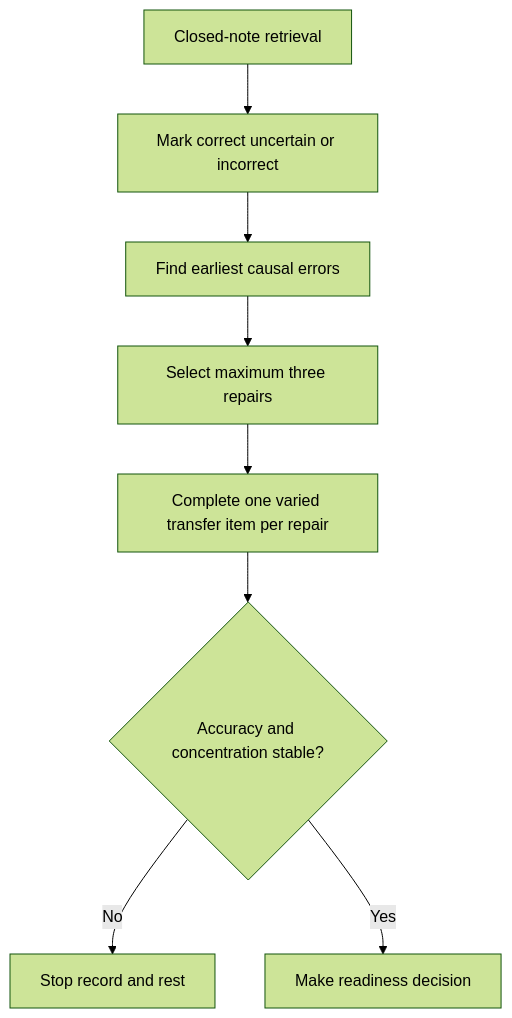
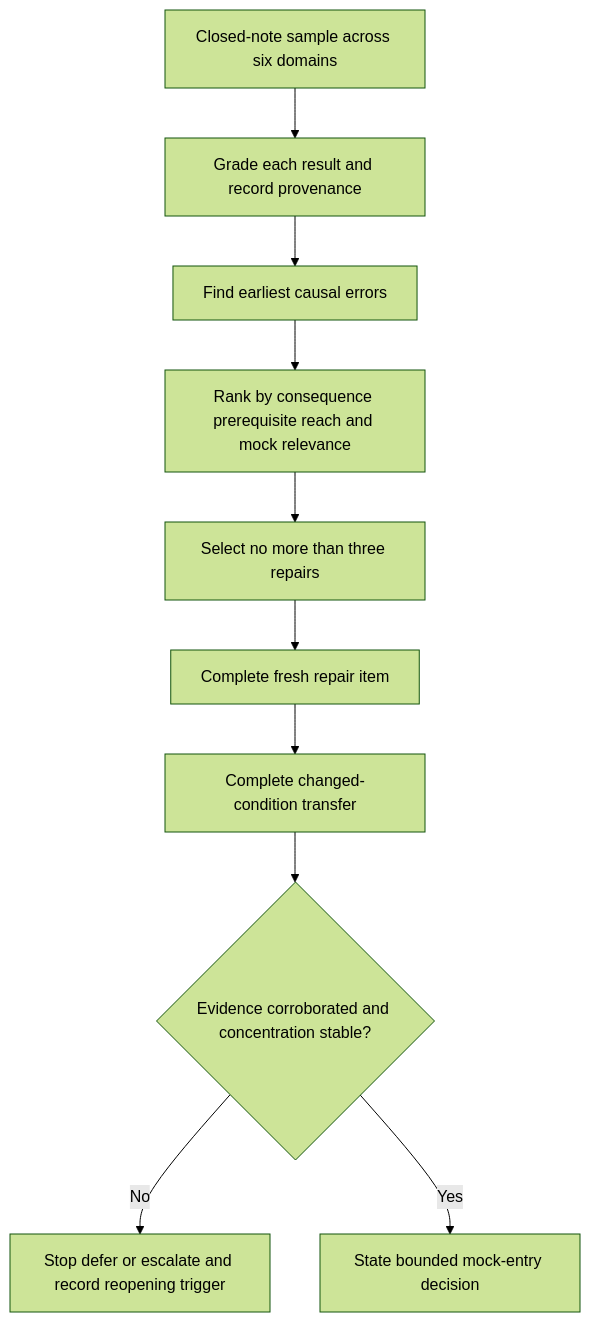
One commit to andrew3stedall/capstone changed the diagram in docs/learning-plans/6-week/modules/day-40-rest-final-catch-up-and-readiness-triage.md. Above: the diagram before and after it, drawn with Mermaid (forest theme). The commit also changed other lines of this file and 4 other files, not shown here.

````diff
--- a/docs/learning-plans/6-week/modules/day-40-rest-final-catch-up-and-readiness-triage.md
+++ b/docs/learning-plans/6-week/modules/day-40-rest-final-catch-up-and-readiness-triage.md
@@ -52,10 +90,12 @@
 ```mermaid
 flowchart TD
-    A[Closed-note retrieval] --> B[Mark correct uncertain or incorrect]
+    A[Closed-note sample across six domains] --> B[Grade each result and record provenance]
     B --> C[Find earliest causal errors]
-    C --> D[Select maximum three repairs]
-    D --> E[Complete one varied transfer item per repair]
-    E --> F{Accuracy and concentration stable?}
-    F -->|No| G[Stop record and rest]
-    F -->|Yes| H[Make readiness decision]
+    C --> D[Rank by consequence prerequisite reach and mock relevance]
+    D --> E[Select no more than three repairs]
+    E --> F[Complete fresh repair item]
+    F --> G[Complete changed-condition transfer]
+    G --> H{Evidence corroborated and concentration stable?}
+    H -->|No| I[Stop defer or escalate and record reopening trigger]
+    H -->|Yes| J[State bounded mock-entry decision]
 ```
````
